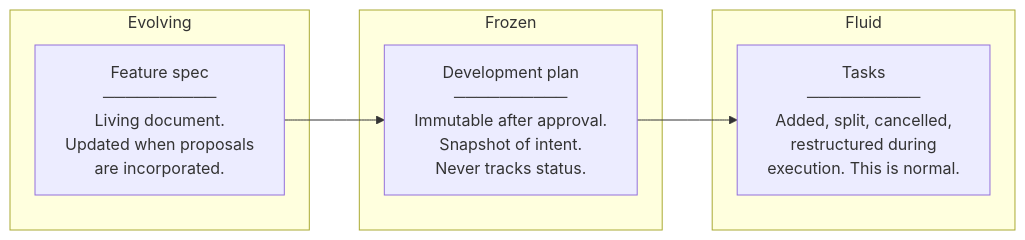
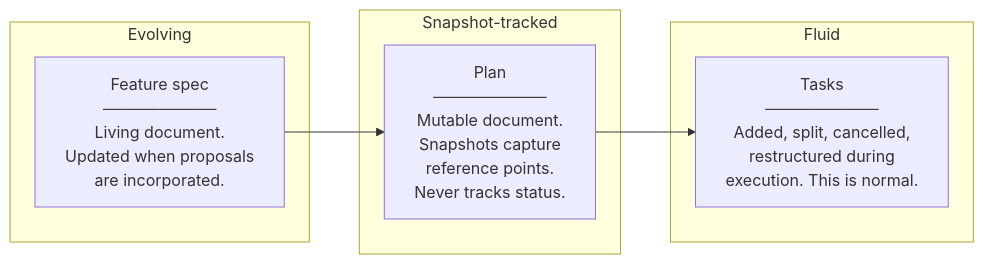
The fourth of 7 diagrams in spec/architecture/spec-to-execution.md (synchestra-io/synchestra), drawn with Mermaid before and after one commit. The commit also changed other lines of this file and 2 other files, not shown here.

Commit message:
refactor: update spec-to-execution architecture for unified plan/task model

````diff
--- a/spec/architecture/spec-to-execution.md
+++ b/spec/architecture/spec-to-execution.md
@@ -122,17 +122,17 @@
 ```mermaid
 graph LR
     subgraph "Evolving"
         F["Feature spec<br/>──────────<br/>Living document.<br/>Updated when proposals<br/>are incorporated."]
     end
 
-    subgraph "Frozen"
-        DP["Development plan<br/>──────────<br/>Immutable after approval.<br/>Snapshot of intent.<br/>Never tracks status."]
+    subgraph "Snapshot-tracked"
+        DP["Plan<br/>──────────<br/>Mutable document.<br/>Snapshots capture<br/>reference points.<br/>Never tracks status."]
     end
 
     subgraph "Fluid"
         T["Tasks<br/>──────────<br/>Added, split, cancelled,<br/>restructured during<br/>execution. This is normal."]
     end
 
     F --> DP
     DP --> T
 ```
````
